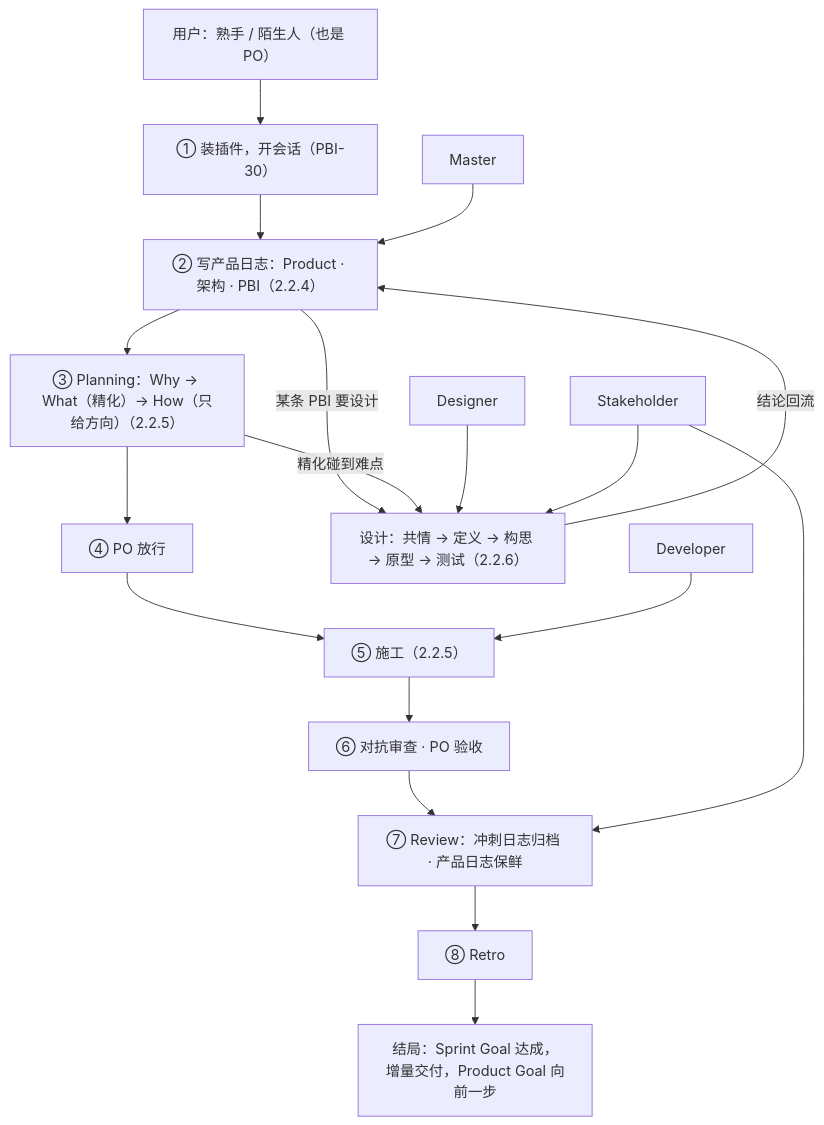
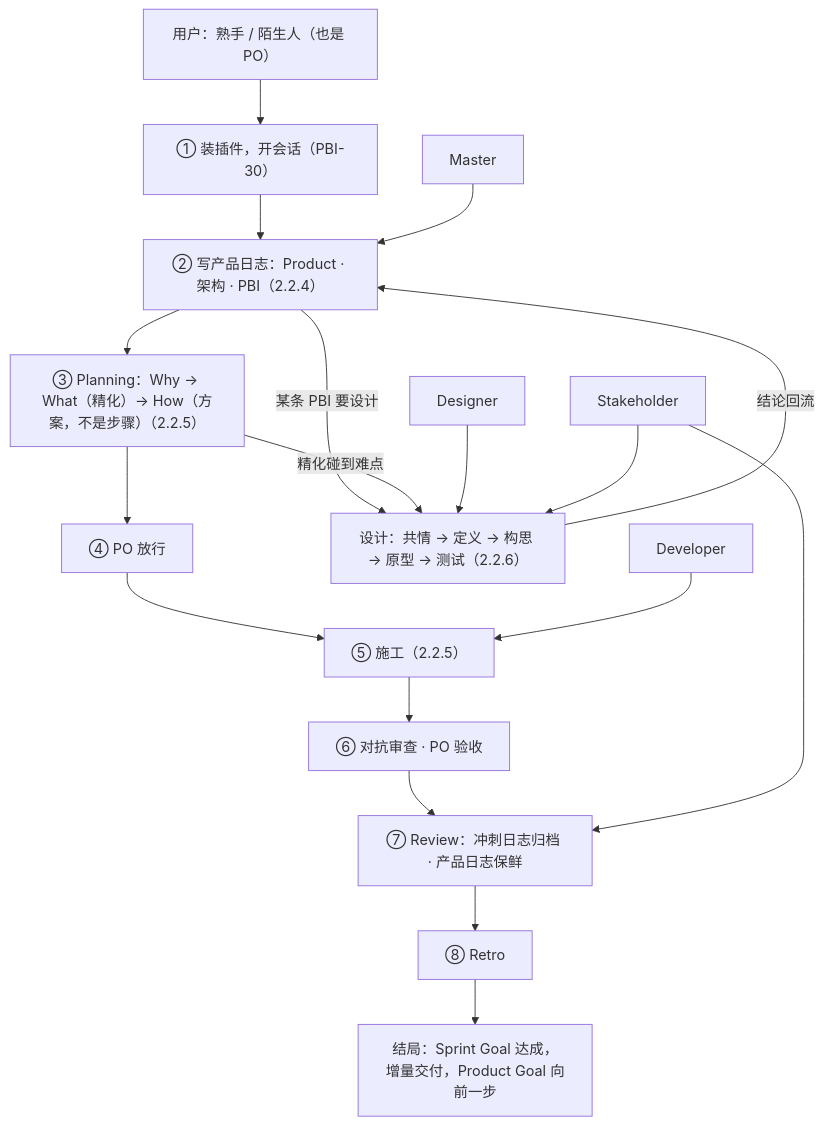
One commit to seapawn1/IDEO-Scrum changed the first of 3 diagrams in scrum/ProductBacklog.md. Above: the diagram before and after it, drawn with Mermaid. The commit also changed other lines of this file and 2 other files, not shown here.

First line of the commit message:
docs: Sprint 10 结构稿第二版——How 是方案、目标不变其余可调、约定不写工具机制

````diff
--- a/scrum/ProductBacklog.md
+++ b/scrum/ProductBacklog.md
@@ -60,25 +60,25 @@
 ```mermaid
 flowchart TD
     U["用户：熟手 / 陌生人（也是 PO）"]
     M["Master"]
     D["Developer"]
     G["Designer"]
     S["Stakeholder"]
     U --> A["① 装插件，开会话（PBI-30）"]
     A --> B["② 写产品日志：Product · 架构 · PBI（2.2.4）"]
     M --> B
-    B --> C["③ Planning：Why → What（精化）→ How（只给方向）（2.2.5）"]
+    B --> C["③ Planning：Why → What（精化）→ How（方案，不是步骤）（2.2.5）"]
     B -- "某条 PBI 要设计" --> X["设计：共情 → 定义 → 构思 → 原型 → 测试（2.2.6）"]
     C -- "精化碰到难点" --> X
     G --> X
     S --> X
     X -- "结论回流" --> B
     C --> P["④ PO 放行"]
     P --> W["⑤ 施工（2.2.5）"]
     D --> W
     W --> R["⑥ 对抗审查 · PO 验收"]
     R --> V["⑦ Review：冲刺日志归档 · 产品日志保鲜"]
     S --> V
     V --> T["⑧ Retro"]
     T --> E["结局：Sprint Goal 达成，增量交付，Product Goal 向前一步"]
 ```
````
